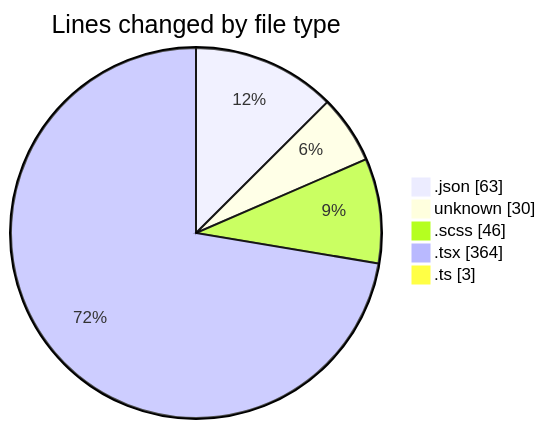
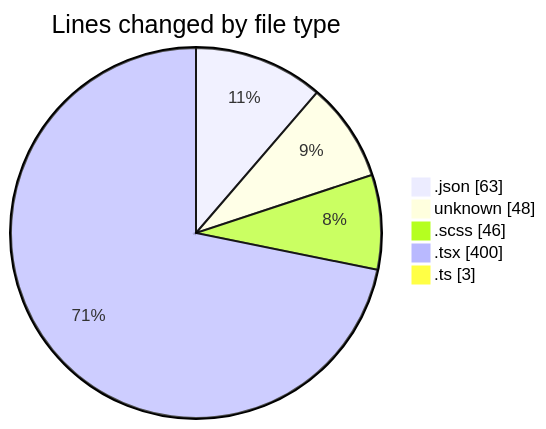
The first of 2 diagrams in 2026-04-24/ise-web-ofcom/README.md (momahboobian/code-tracking), drawn with Mermaid before and after one commit. The commit also changed other lines of this file and 1 other file, not shown here.

````diff
--- a/2026-04-24/ise-web-ofcom/README.md
+++ b/2026-04-24/ise-web-ofcom/README.md
@@ -26,9 +26,9 @@
 ```mermaid
 pie showData
 title Lines changed by file type
 ".json" : 63
-"unknown" : 30
+"unknown" : 48
 ".scss" : 46
-".tsx" : 364
+".tsx" : 400
 ".ts" : 3
 ```
````
